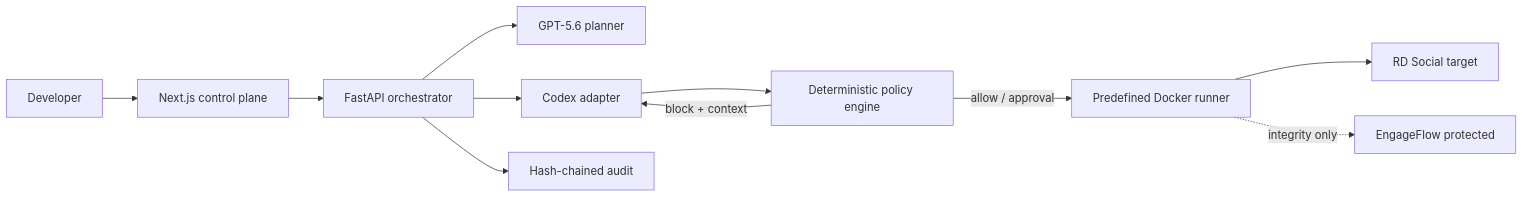
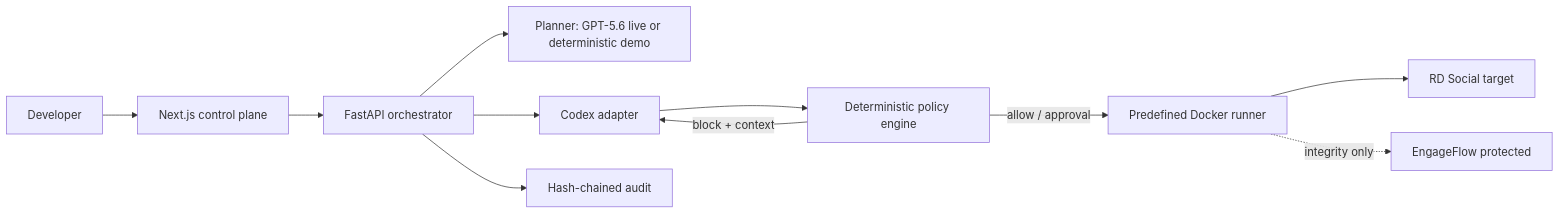
One commit to gethsun1/scope-guard changed the diagram in README.md. Above: the diagram before and after it, drawn with Mermaid. The commit also changed other lines of this file, not shown here.

````diff
--- a/README.md
+++ b/README.md
@@ -56,13 +83,13 @@
 ```mermaid
 flowchart LR
   U[Developer] --> W[Next.js control plane]
   W --> A[FastAPI orchestrator]
-  A --> P[GPT-5.6 planner]
+  A --> P[Planner: GPT-5.6 live or deterministic demo]
   A --> C[Codex adapter]
   C --> E[Deterministic policy engine]
   E -->|allow / approval| R[Predefined Docker runner]
   E -->|block + context| C
   R --> RD[RD Social target]
   R -. integrity only .-> EF[EngageFlow protected]
   A --> AU[Hash-chained audit]
 ```
````
